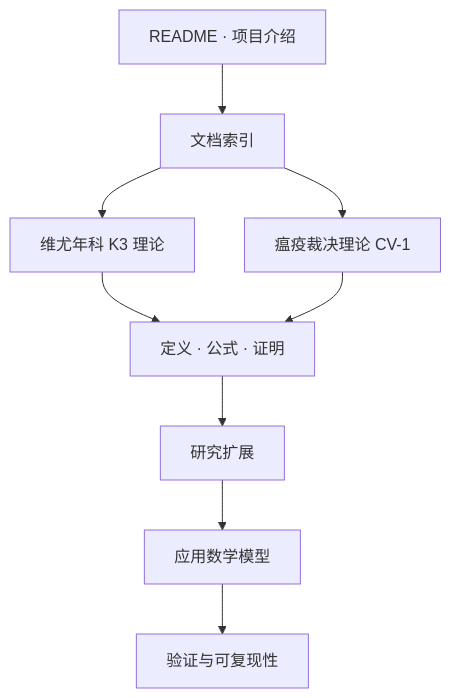
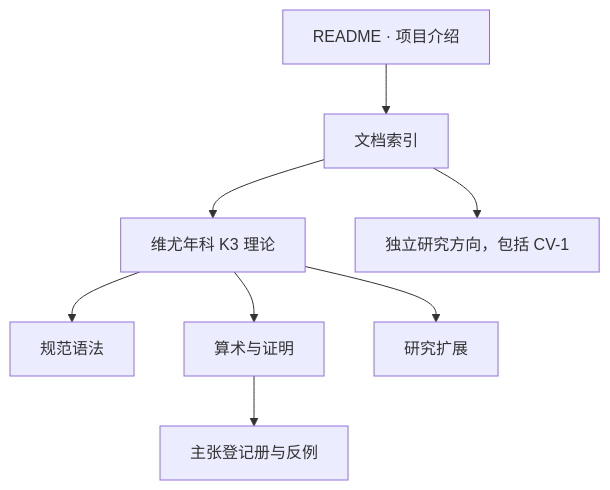
Before and after one commit to Ivan-VHS/Kaskad: the diagram in README.zh-CN.md, drawn with Mermaid. The commit also changed other lines of this file, not shown here.

```diff
--- a/README.zh-CN.md
+++ b/README.zh-CN.md
@@ -240,11 +142,10 @@
 ~~~mermaid
 flowchart TD
     A["README · 项目介绍"] --> B["文档索引"]
     B --> C["维尤年科 K3 理论"]
-    B --> D["瘟疫裁决理论 CV-1"]
-    C --> E["定义 · 公式 · 证明"]
-    D --> E
-    E --> F["研究扩展"]
-    F --> G["应用数学模型"]
-    G --> H["验证与可复现性"]
+    C --> D["规范语法"]
+    C --> E["算术与证明"]
+    E --> F["主张登记册与反例"]
+    C --> G["研究扩展"]
+    B --> H["独立研究方向，包括 CV-1"]
 ~~~
```
